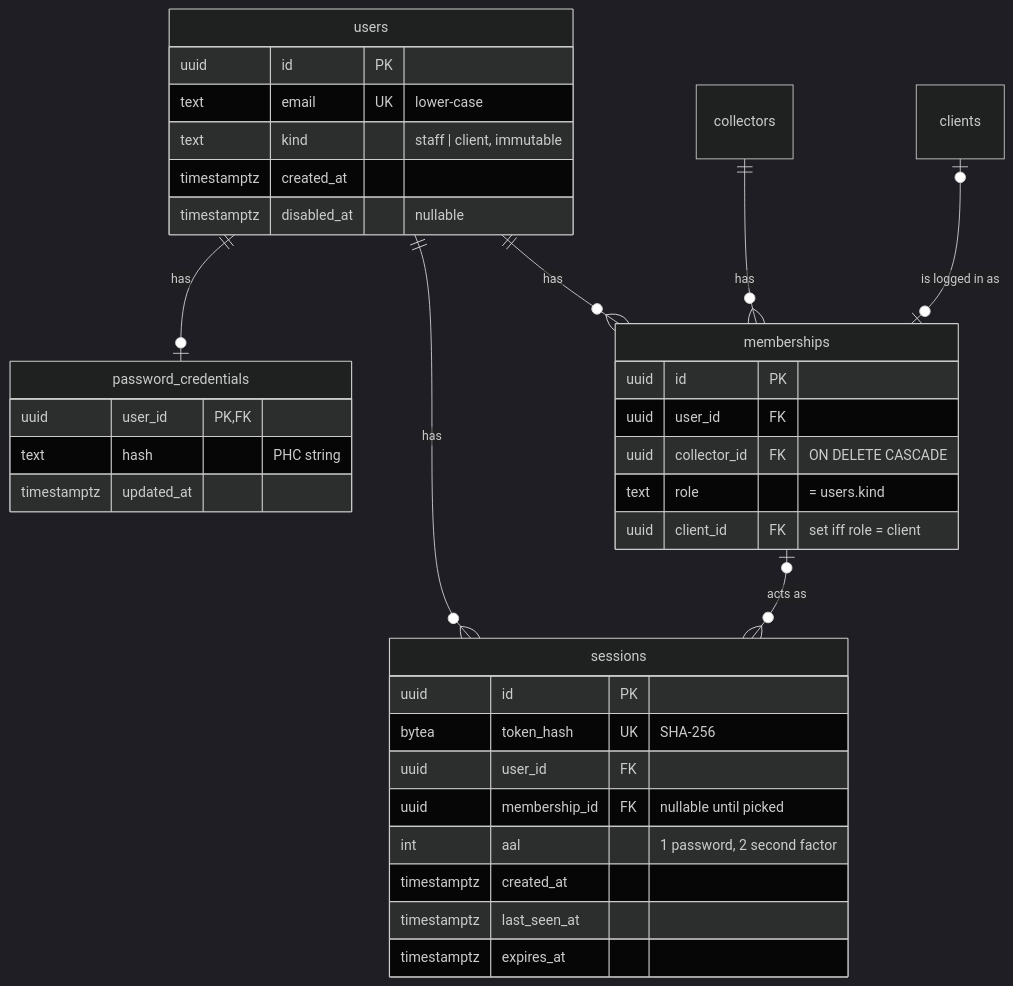
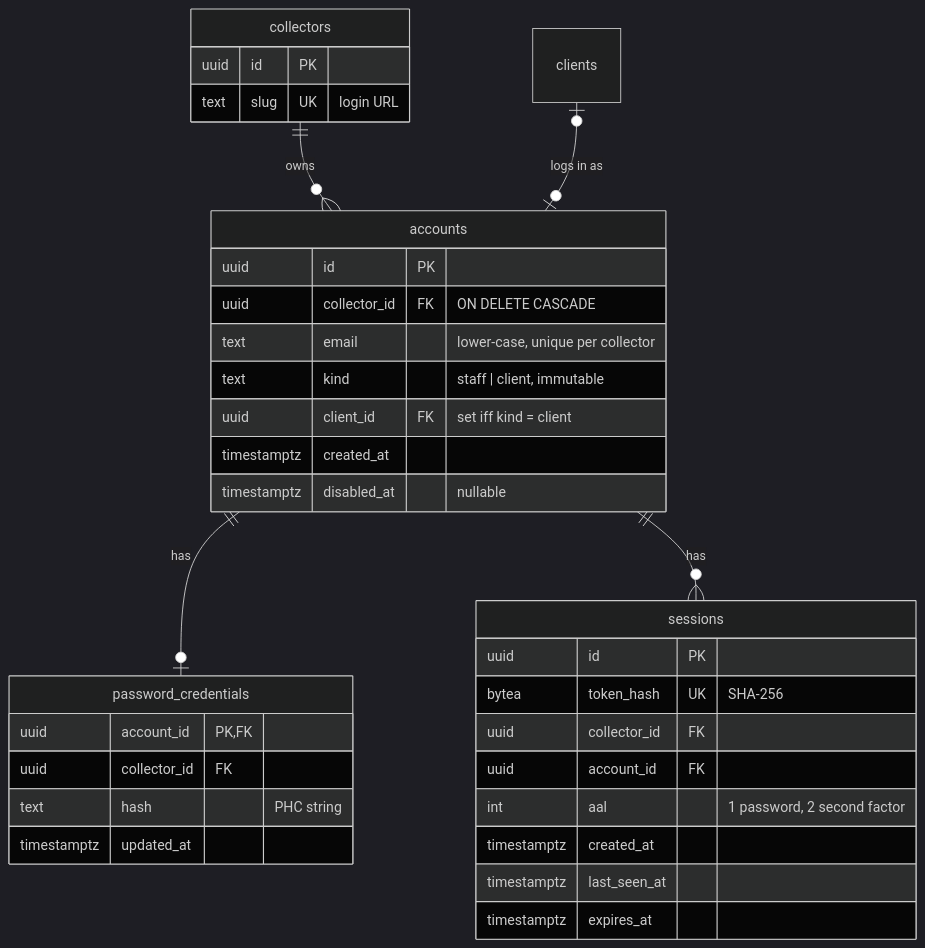
Before and after one commit to TimoSto/tax-return-organizer: the first of 2 diagrams in backend/docs/AUTHENTICATION.md, drawn with Mermaid (dark theme). The commit also changed other lines of this file and 4 other files, not shown here.

````diff
--- a/backend/docs/AUTHENTICATION.md
+++ b/backend/docs/AUTHENTICATION.md
@@ -32,39 +34,37 @@
 ```mermaid
 erDiagram
-    users ||--o| password_credentials : "has"
-    users ||--o{ memberships : "has"
-    collectors ||--o{ memberships : "has"
-    clients |o--o| memberships : "is logged in as"
-    users ||--o{ sessions : "has"
-    memberships |o--o{ sessions : "acts as"
+    collectors ||--o{ accounts : "owns"
+    clients |o--o| accounts : "logs in as"
+    accounts ||--o| password_credentials : "has"
+    accounts ||--o{ sessions : "has"
 
-    users {
+    collectors {
         uuid id PK
-        text email UK "lower-case"
+        text slug UK "login URL"
+    }
+    accounts {
+        uuid id PK
+        uuid collector_id FK "ON DELETE CASCADE"
+        text email "lower-case, unique per collector"
         text kind "staff | client, immutable"
+        uuid client_id FK "set iff kind = client"
         timestamptz created_at
         timestamptz disabled_at "nullable"
     }
     password_credentials {
-        uuid user_id PK,FK
+        uuid account_id PK,FK
+        uuid collector_id FK
         text hash "PHC string"
         timestamptz updated_at
-    }
-    memberships {
-        uuid id PK
-        uuid user_id FK
-        uuid collector_id FK "ON DELETE CASCADE"
-        text role "= users.kind"
-        uuid client_id FK "set iff role = client"
     }
     sessions {
         uuid id PK
         bytea token_hash UK "SHA-256"
-        uuid user_id FK
-        uuid membership_id FK "nullable until picked"
+        uuid collector_id FK
+        uuid account_id FK
         int aal "1 password, 2 second factor"
         timestamptz created_at
         timestamptz last_seen_at
         timestamptz expires_at
     }
 ```
````
